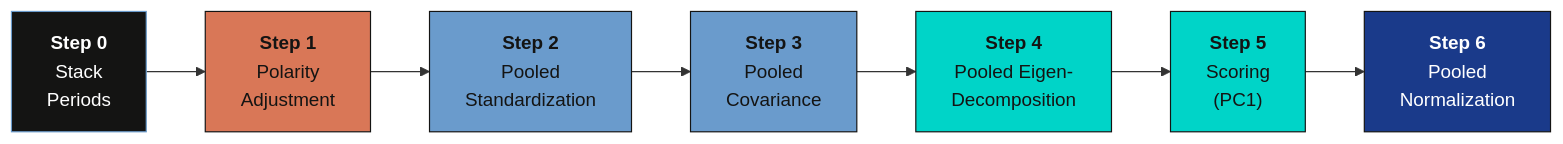
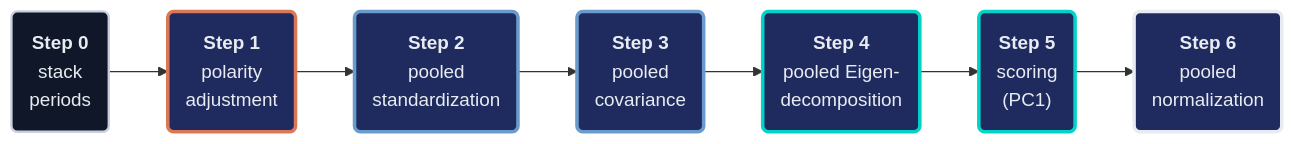
One commit to cmg777/starter-academic-v501 changed the diagram in content/post/python_pca2/index.md. Above: the diagram before and after it, drawn with Mermaid. The commit also changed 9 other files, not shown here.

First line of the commit message:
content(mermaid): restyle flowcharts in Python posts, batch 2 of 2

````diff
--- a/content/post/python_pca2/index.md
+++ b/content/post/python_pca2/index.md
@@ -242,17 +242,19 @@
 ```mermaid
 graph LR
-    S["<b>Step 0</b><br/>Stack<br/>Periods"] --> A["<b>Step 1</b><br/>Polarity<br/>Adjustment"]
-    A --> B["<b>Step 2</b><br/>Pooled<br/>Standardization"]
-    B --> C["<b>Step 3</b><br/>Pooled<br/>Covariance"]
-    C --> D["<b>Step 4</b><br/>Pooled Eigen-<br/>Decomposition"]
-    D --> E["<b>Step 5</b><br/>Scoring<br/>(PC1)"]
-    E --> F["<b>Step 6</b><br/>Pooled<br/>Normalization"]
-
-    style S fill:#141413,stroke:#6a9bcc,color:#fff
-    style A fill:#d97757,stroke:#141413,color:#141413
-    style B fill:#6a9bcc,stroke:#141413,color:#141413
-    style C fill:#6a9bcc,stroke:#141413,color:#141413
-    style D fill:#00d4c8,stroke:#141413,color:#141413
-    style E fill:#00d4c8,stroke:#141413,color:#141413
-    style F fill:#1a3a8a,stroke:#141413,color:#fff
+    S("<b>Step 0</b><br/>stack<br/>periods") --> A("<b>Step 1</b><br/>polarity<br/>adjustment")
+    A --> B("<b>Step 2</b><br/>pooled<br/>standardization")
+    B --> C("<b>Step 3</b><br/>pooled<br/>covariance")
+    C --> D("<b>Step 4</b><br/>pooled Eigen-<br/>decomposition")
+    D --> E("<b>Step 5</b><br/>scoring<br/>(PC1)")
+    E --> F("<b>Step 6</b><br/>pooled<br/>normalization")
+    classDef anchor fill:#0f1729,stroke:#c8d0e0,stroke-width:2px,color:#e8ecf2
+    classDef orange fill:#1f2b5e,stroke:#d97757,stroke-width:3px,color:#e8ecf2
+    classDef blue fill:#1f2b5e,stroke:#6a9bcc,stroke-width:3px,color:#e8ecf2
+    classDef teal fill:#1f2b5e,stroke:#00d4c8,stroke-width:3px,color:#e8ecf2
+    classDef key fill:#1f2b5e,stroke:#e8ecf2,stroke-width:3px,color:#e8ecf2
+    class S anchor
+    class A orange
+    class B,C blue
+    class D,E teal
+    class F key
 ```
````
